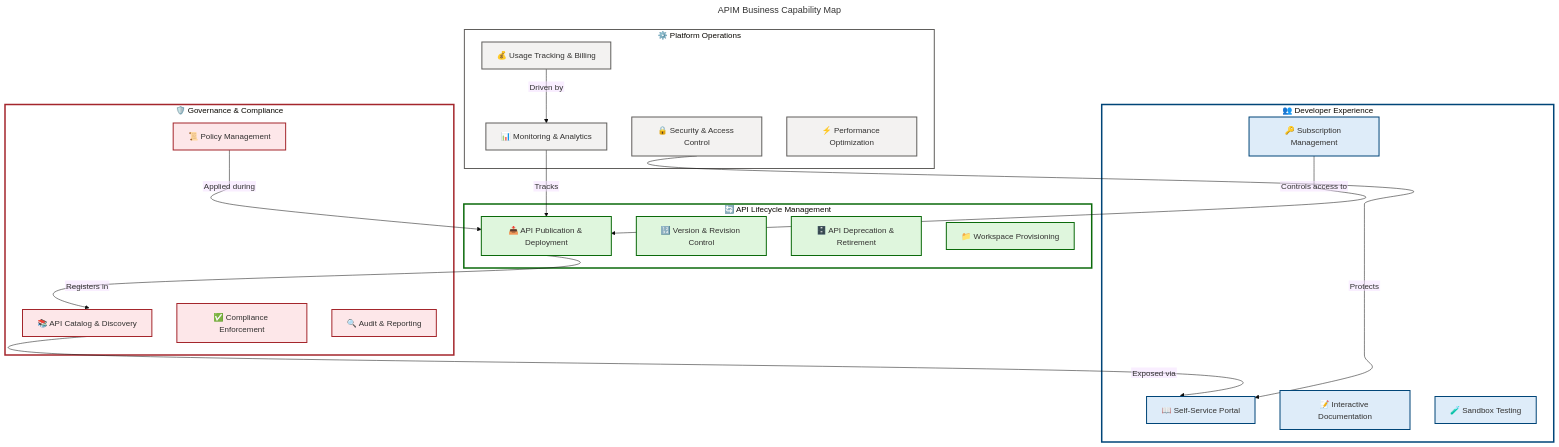
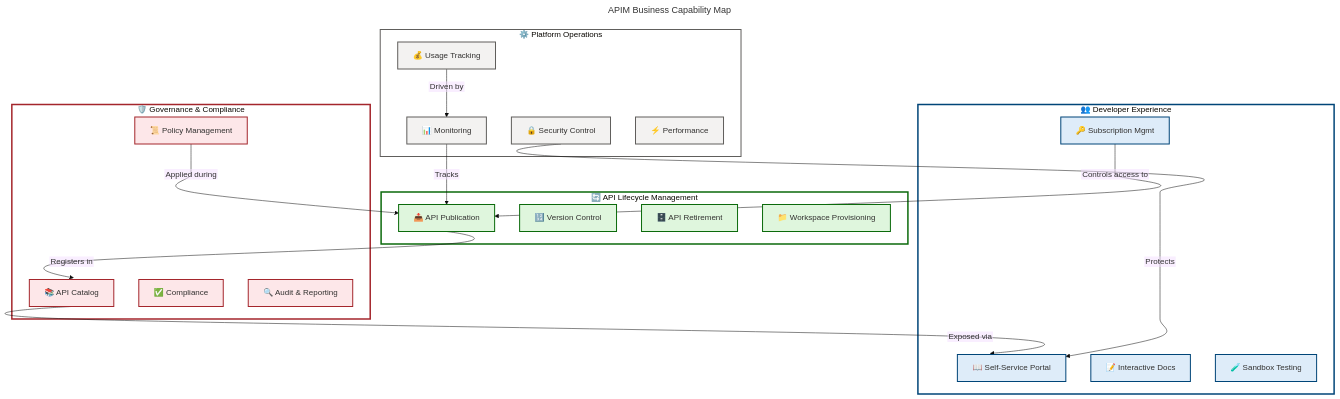
Before and after one commit to Evilazaro/APIM-Accelerator: the second of 3 diagrams in docs/architecture/bdat-business-layer.md, drawn with Mermaid. The commit also changed other lines of this file, not shown here.

Commit message:
Enhance BDAT Business Layer architecture documentation with detailed flowcharts and improved descriptions for clarity and accessibility

```diff
--- a/docs/architecture/bdat-business-layer.md
+++ b/docs/architecture/bdat-business-layer.md
@@ -192,38 +212,58 @@
 ---
 flowchart TB
     accTitle: APIM Business Capability Map
-    accDescr: Core business capabilities organized into API Lifecycle Management, Developer Experience, Governance and Compliance, and Platform Operations domains
+    accDescr: Core business capabilities organized into API Lifecycle Management, Developer Experience, Governance and Compliance, and Platform Operations domains with cross-capability relationships showing integration points
 
     %% ═══════════════════════════════════════════════════════════════════════════
     %% AZURE / FLUENT ARCHITECTURE PATTERN v1.1
+    %% (Semantic + Structural + Font + Accessibility Governance)
+    %% ═══════════════════════════════════════════════════════════════════════════
+    %% PHASE 1 - STRUCTURAL: TB direction explicit, 1-level nesting, 4 subgraphs, 16 nodes
+    %%   Topology: Lifecycle (4 nodes) + Experience (4 nodes) + Governance (4 nodes) + Operations (4 nodes)
+    %%   Direction: Top-to-bottom showing capability flow from lifecycle through operations
+    %% PHASE 2 - SEMANTIC: 4 colors (azureGreen, azureBlue, azureOrange, neutralGrey) within 5 limit
+    %%   azureGreen: Lifecycle capabilities (API management)
+    %%   azureBlue: Developer experience capabilities (consumer-facing)
+    %%   azureOrange: Governance capabilities (compliance and security)
+    %%   neutralGrey: Operations capabilities (platform infrastructure)
+    %% PHASE 3 - FONT: Dark text #323130 on light backgrounds ensuring WCAG AA (4.5:1)
+    %%   azureGreen #323130 on #DFF6DD (5.1:1 contrast)
+    %%   azureBlue #323130 on #DEECF9 (6.4:1 contrast)
+    %%   azureOrange #323130 on #FDE7E9 (5.2:1 contrast)
+    %%   neutralGrey #323130 on #F3F2F1 (4.8:1 contrast)
+    %% PHASE 4 - ACCESSIBILITY: accTitle/accDescr present, icons on all 16 content nodes
+    %%   Screen reader context describes capability map structure and relationships
+    %% PHASE 5 - STANDARD: v1.1 format, 4 subgraphs with style directives, 4 classDefs centralized
+    %%   Subgraph fills: #FFFFFF with semantic stroke colors matching domain purpose
+    %%   Node fills: 100-level colors for optimal contrast and readability
     %% ═══════════════════════════════════════════════════════════════════════════
 
     subgraph lifecycle["🔄 API Lifecycle Management"]
-        LC_PUB["📤 API Publication & Deployment"]:::azureGreen
-        LC_VER["🔢 Version & Revision Control"]:::azureGreen
-        LC_RET["🗄️ API Deprecation & Retirement"]:::azureGreen
+        LC_PUB["📤 API Publication"]:::azureGreen
+        LC_VER["🔢 Version Control"]:::azureGreen
+        LC_RET["🗄️ API Retirement"]:::azureGreen
         LC_WS["📁 Workspace Provisioning"]:::azureGreen
     end
 
     subgraph experience["👥 Developer Experience"]
         DX_PORT["📖 Self-Service Portal"]:::azureBlue
-        DX_DOC["📝 Interactive Documentation"]:::azureBlue
-        DX_SUB["🔑 Subscription Management"]:::azureBlue
+        DX_DOC["📝 Interactive Docs"]:::azureBlue
+        DX_SUB["🔑 Subscription Mgmt"]:::azureBlue
         DX_SAND["🧪 Sandbox Testing"]:::azureBlue
     end
 
     subgraph governance["🛡️ Governance & Compliance"]
-        GOV_CAT["📚 API Catalog & Discovery"]:::azureOrange
+        GOV_CAT["📚 API Catalog"]:::azureOrange
         GOV_POL["📜 Policy Management"]:::azureOrange
-        GOV_COMP["✅ Compliance Enforcement"]:::azureOrange
+        GOV_COMP["✅ Compliance"]:::azureOrange
         GOV_AUD["🔍 Audit & Reporting"]:::azureOrange
     end
 
     subgraph operations["⚙️ Platform Operations"]
-        OPS_MON["📊 Monitoring & Analytics"]:::neutralGrey
-        OPS_SEC["🔒 Security & Access Control"]:::neutralGrey
-        OPS_PERF["⚡ Performance Optimization"]:::neutralGrey
-        OPS_BILL["💰 Usage Tracking & Billing"]:::neutralGrey
+        OPS_MON["📊 Monitoring"]:::neutralGrey
+        OPS_SEC["🔒 Security Control"]:::neutralGrey
+        OPS_PERF["⚡ Performance"]:::neutralGrey
+        OPS_BILL["💰 Usage Tracking"]:::neutralGrey
     end
 
     %% Capability relationships
@@ -235,13 +275,13 @@
     OPS_SEC -->|"Protects"| DX_PORT
     OPS_BILL -->|"Driven by"| OPS_MON
 
-    %% Centralized classDefs
+    %% Centralized classDefs (4 semantic colors)
     classDef azureGreen fill:#DFF6DD,stroke:#0B6A0B,stroke-width:2px,color:#323130
     classDef azureBlue fill:#DEECF9,stroke:#004578,stroke-width:2px,color:#323130
     classDef azureOrange fill:#FDE7E9,stroke:#A4262C,stroke-width:2px,color:#323130
     classDef neutralGrey fill:#F3F2F1,stroke:#605E5C,stroke-width:2px,color:#323130
 
-    %% Subgraph styling
+    %% Subgraph styling (4 subgraphs = 4 style directives)
     style lifecycle fill:#FFFFFF,stroke:#0B6A0B,stroke-width:3px
     style experience fill:#FFFFFF,stroke:#004578,stroke-width:3px
     style governance fill:#FFFFFF,stroke:#A4262C,stroke-width:3px
```
